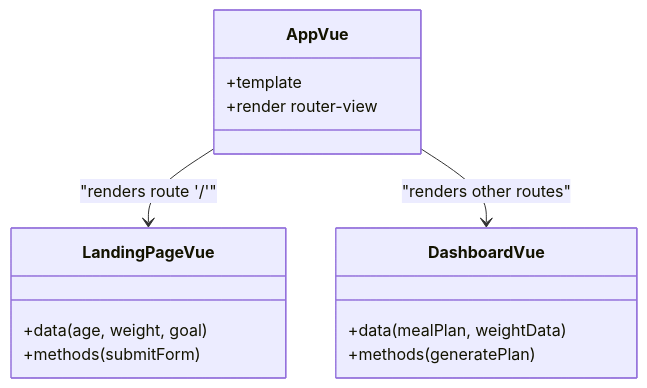
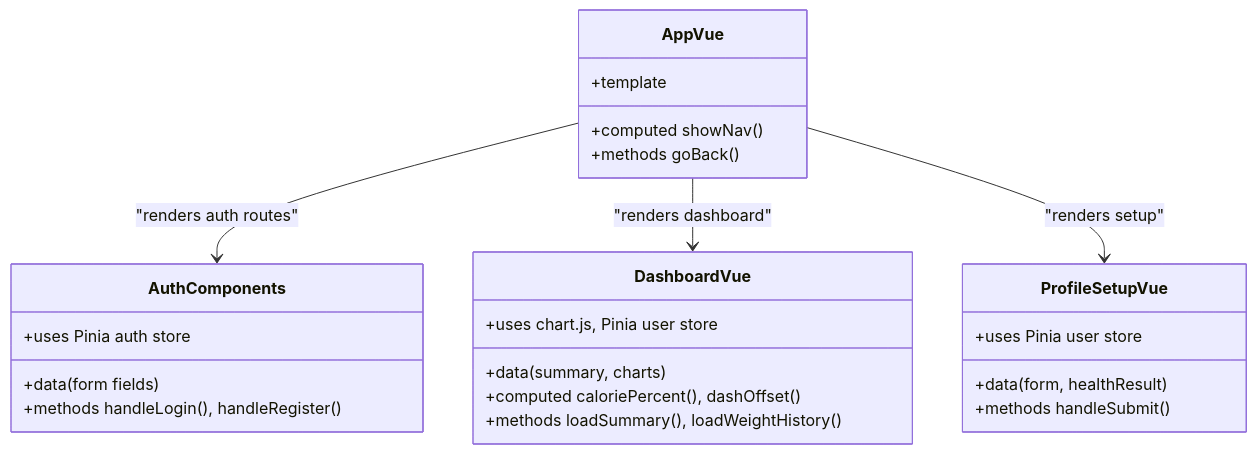
Before and after one commit to hsarjun04-netizen/NUTRICooACH: the fifth of 8 diagrams in .qoder/repowiki/en/content/Frontend Application/Build Process and Development Environment.md, drawn with Mermaid. The commit also changed other lines of this file and 7 other files, not shown here.

Commit message:
Add Export My Data feature - download all user data as JSON

````diff
--- a/.qoder/repowiki/en/content/Frontend Application/Build Process and Development Environment.md
+++ b/.qoder/repowiki/en/content/Frontend Application/Build Process and Development Environment.md
@@ -182,17 +221,27 @@
 ```mermaid
 classDiagram
 class AppVue {
 +template
-+render router-view
++computed showNav()
++methods goBack()
 }
-class LandingPageVue {
-+data(age, weight, goal)
-+methods(submitForm)
+class AuthComponents {
++data(form fields)
++methods handleLogin(), handleRegister()
++uses Pinia auth store
 }
 class DashboardVue {
-+data(mealPlan, weightData)
-+methods(generatePlan)
++data(summary, charts)
++computed caloriePercent(), dashOffset()
++methods loadSummary(), loadWeightHistory()
++uses chart.js, Pinia user store
 }
-AppVue --> LandingPageVue : "renders route '/'"
-AppVue --> DashboardVue : "renders other routes"
+class ProfileSetupVue {
++data(form, healthResult)
++methods handleSubmit()
++uses Pinia user store
+}
+AppVue --> AuthComponents : "renders auth routes"
+AppVue --> DashboardVue : "renders dashboard"
+AppVue --> ProfileSetupVue : "renders setup"
 ```
````
